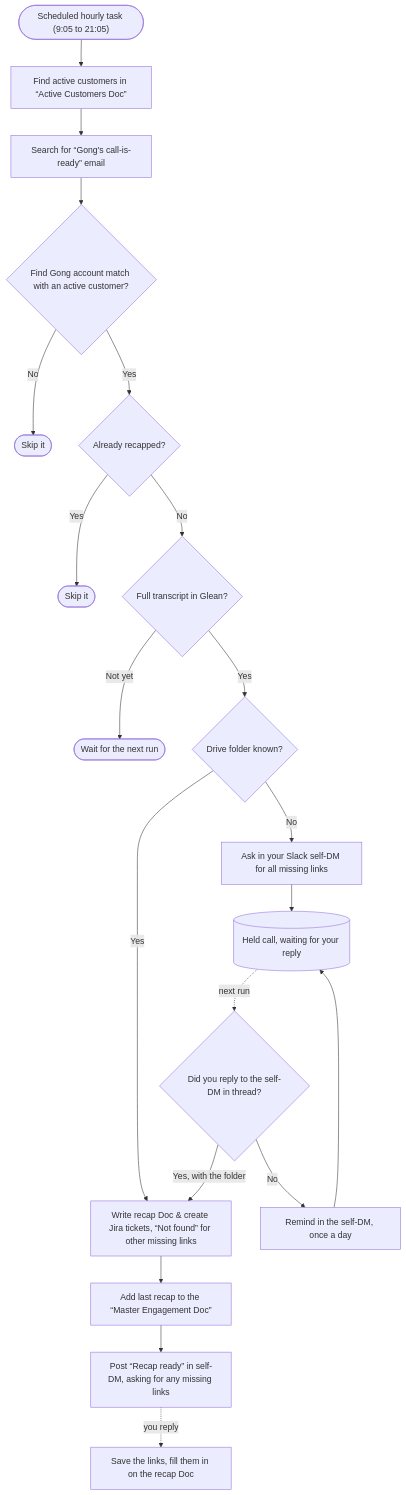
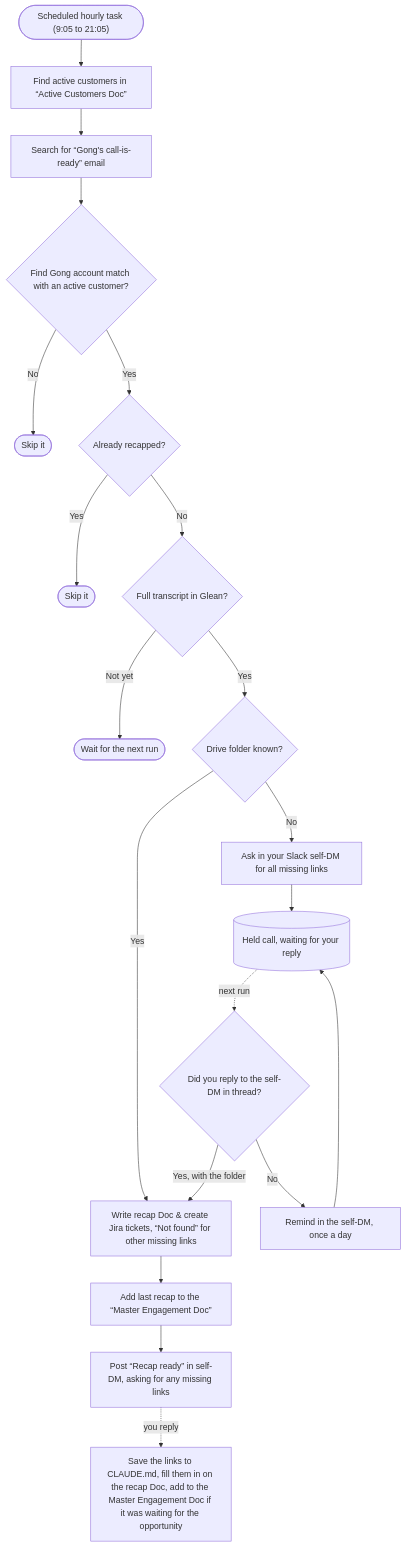
The diagram in README.md (maya-sandler/ai-sa-skills), drawn with Mermaid before and after one commit. The commit also changed other lines of this file and 3 other files, not shown here.

First line of the commit message:
Recap check: a reply with the opportunity also adds the meeting to the Master Engagement Doc

````diff
--- a/README.md
+++ b/README.md
@@ -169,20 +171,20 @@
 ```mermaid
 flowchart TD
     T(["Scheduled hourly task (9:05 to 21:05)"]) --> AC[Find active customers in “Active Customers Doc”]
     AC --> E[Search for “Gong's call-is-ready” email]
     E --> C{Find Gong account match with an active customer?}
     C -- No --> X([Skip it])
     C -- Yes --> D{Already recapped?}
     D -- Yes --> X2([Skip it])
     D -- No --> TR{Full transcript in Glean?}
     TR -- Not yet --> W([Wait for the next run])
     TR -- Yes --> DF{Drive folder known?}
     DF -- Yes --> R
     DF -- No --> Q2[Ask in your Slack self-DM for all missing links] --> H[(Held call, waiting for your reply)]
     H -. next run .-> RP{Did you reply to the self-DM in thread?}
     RP -- Yes, with the folder --> R
     RP -- No --> RM[Remind in the self-DM, once a day] --> H
     R["Write recap Doc & create Jira tickets, “Not found” for other missing links"] --> SN[Add last recap to the “Master Engagement Doc”]
     SN --> P[Post “Recap ready” in self-DM, asking for any missing links]
-    P -. you reply .-> U[Save the links, fill them in on the recap Doc]
+    P -. you reply .-> U[Save the links to CLAUDE.md, fill them in on the recap Doc, add to the Master Engagement Doc if it was waiting for the opportunity]
 ```
````
